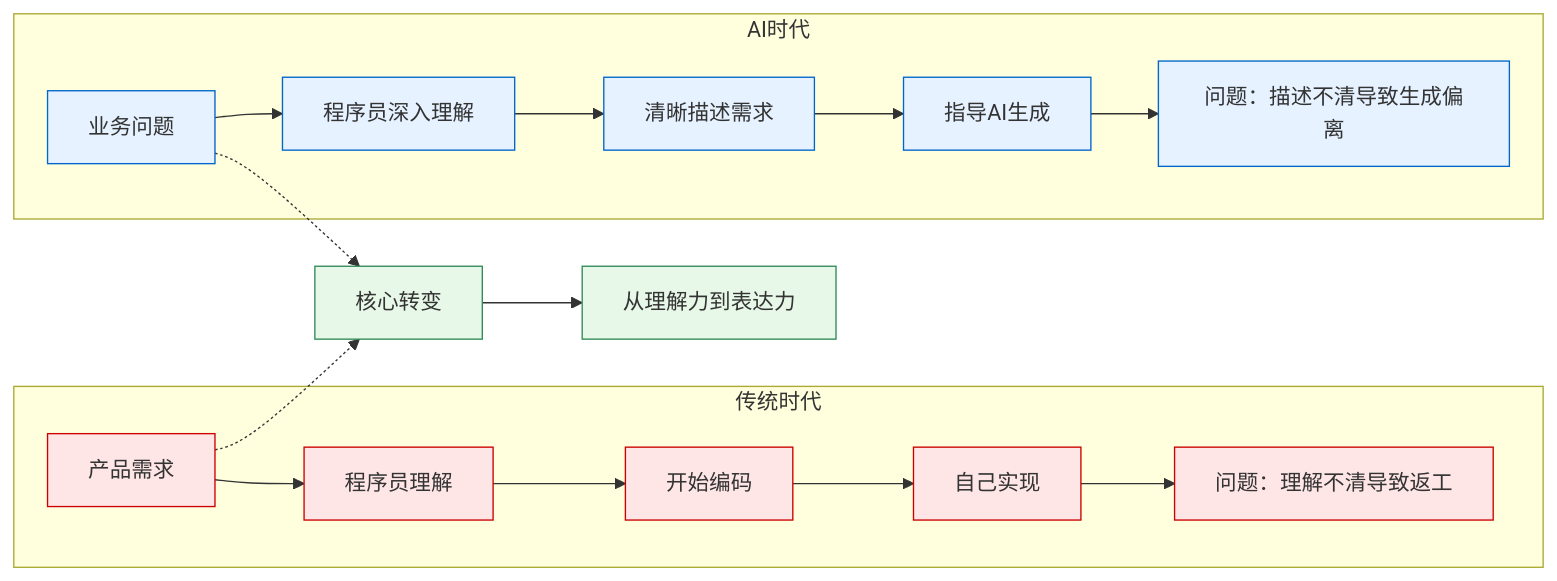
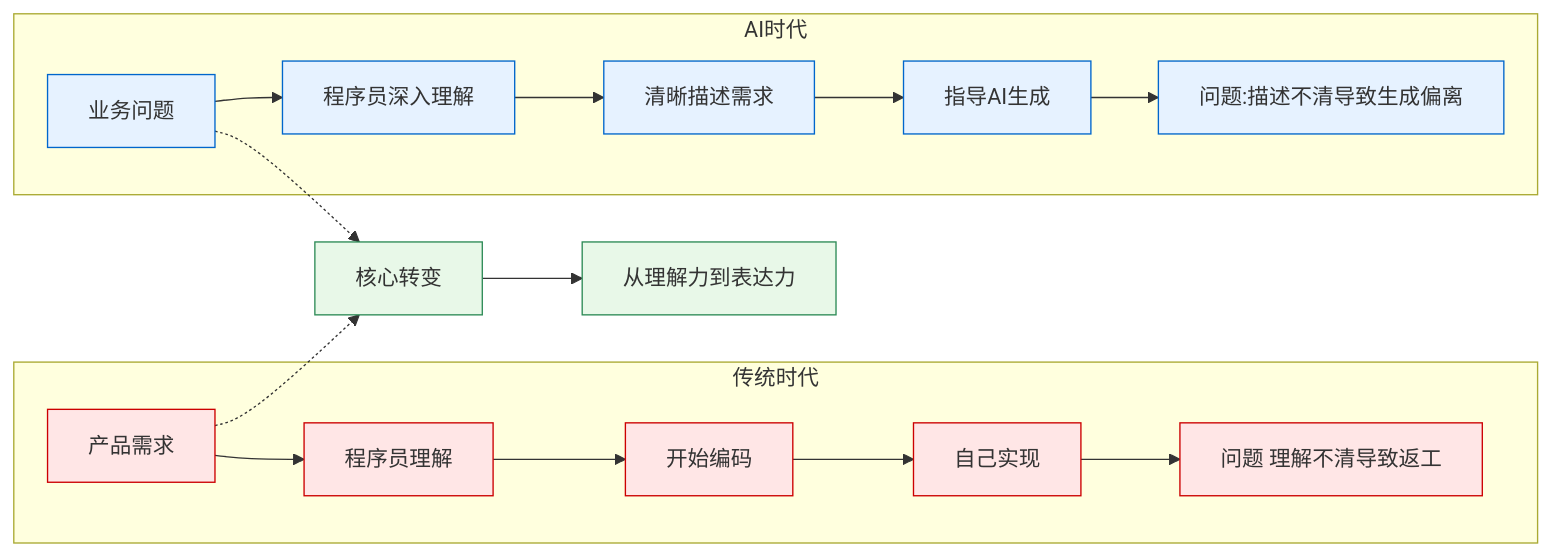
Before and after one commit to microwind/algorithms: the first of 10 diagrams in start-here/AI-Era-Programmers-as-Requirements-Engineers.md, drawn with Mermaid. The commit also changed other lines of this file and 1 other file, not shown here.

````diff
--- a/start-here/AI-Era-Programmers-as-Requirements-Engineers.md
+++ b/start-here/AI-Era-Programmers-as-Requirements-Engineers.md
@@ -60,31 +67,31 @@
 ```mermaid
 flowchart LR
 
 subgraph 传统时代
 A1[产品需求] --> A2[程序员理解]
 A2 --> A3[开始编码]
 A3 --> A4[自己实现]
-A4 --> A5[问题：理解不清导致返工]
+A4 --> A5[问题 理解不清导致返工]
 end
 
 subgraph AI时代
 B1[业务问题] --> B2[程序员深入理解]
 B2 --> B3[清晰描述需求]
 B3 --> B4[指导AI生成]
-B4 --> B5[问题：描述不清导致生成偏离]
+B4 --> B5[问题:描述不清导致生成偏离]
 end
 
 A1 -.-> X[核心转变]
 B1 -.-> X
 X --> Y[从理解力到表达力]
 
 %% 颜色定义
 classDef traditional fill:#FFE6E6,stroke:#CC0000,stroke-width:1px;
 classDef ai fill:#E6F2FF,stroke:#0066CC,stroke-width:1px;
 classDef result fill:#E8F8E8,stroke:#2E8B57,stroke-width:1px;
 
 %% 应用颜色
 class A1,A2,A3,A4,A5 traditional;
 class B1,B2,B3,B4,B5 ai;
 class X,Y result;
 ```
````
